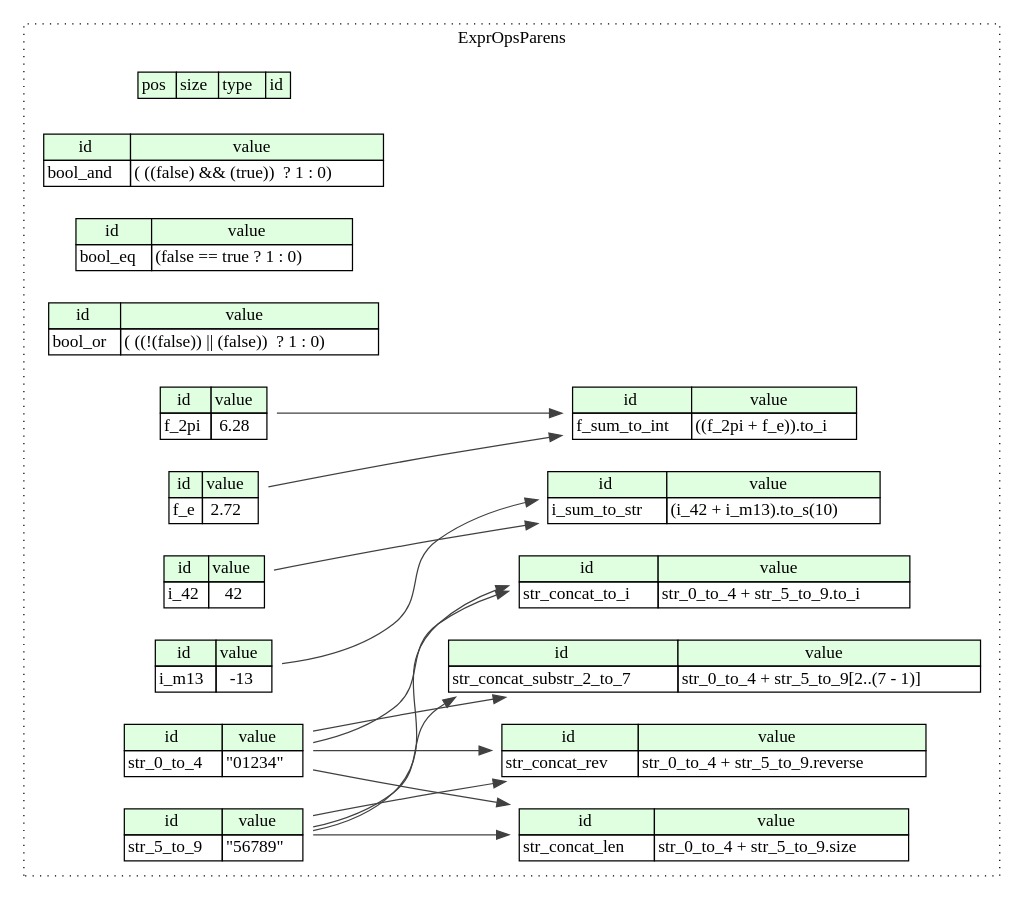
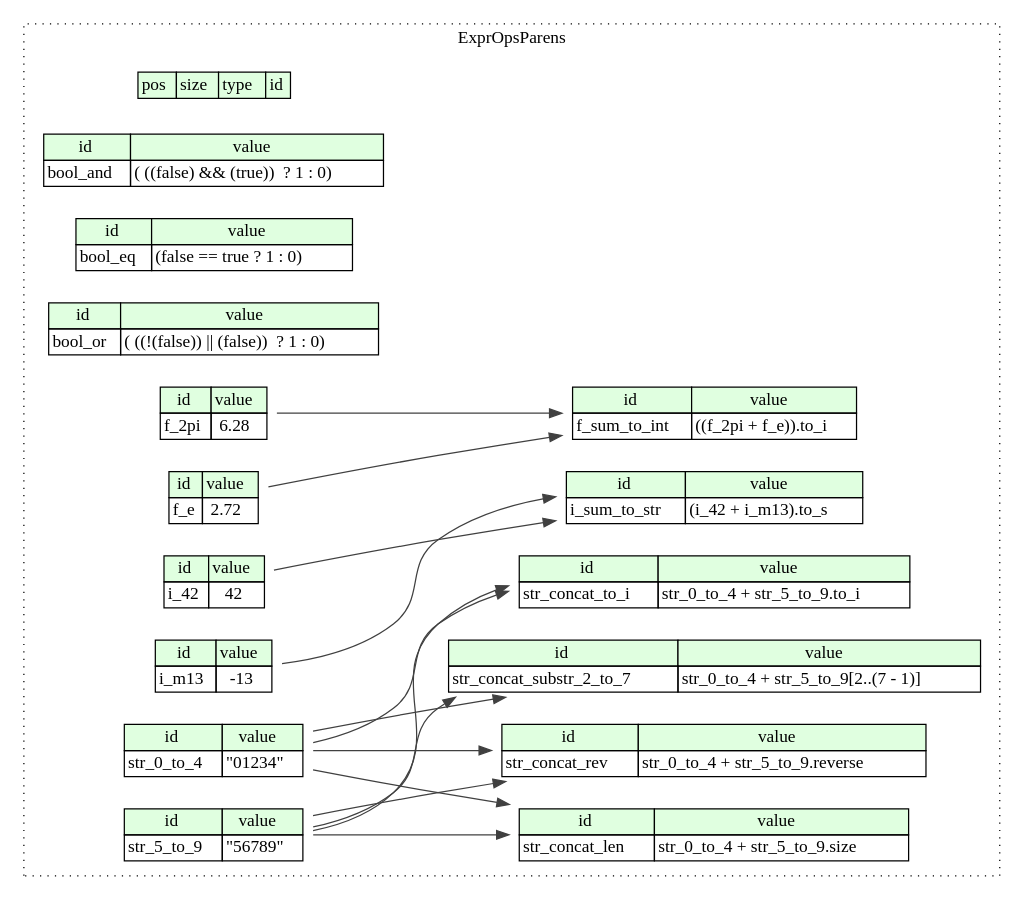
Before and after one commit to kaitai-io/ci_targets: the diagram in compiled/graphviz/expr_ops_parens.dot, drawn with Graphviz. The commit also changed 39 other files, not shown here.

```diff
--- a/compiled/graphviz/expr_ops_parens.dot
+++ b/compiled/graphviz/expr_ops_parens.dot
@@ -1,84 +1,84 @@
 digraph {
 	rankdir=LR;
 	node [shape=plaintext];
 	subgraph cluster__expr_ops_parens {
 		label="ExprOpsParens";
 		graph[style=dotted];
 
 		expr_ops_parens__seq [label=<<TABLE BORDER="0" CELLBORDER="1" CELLSPACING="0">
 			<TR><TD BGCOLOR="#E0FFE0">pos</TD><TD BGCOLOR="#E0FFE0">size</TD><TD BGCOLOR="#E0FFE0">type</TD><TD BGCOLOR="#E0FFE0">id</TD></TR>
 		</TABLE>>];
 		expr_ops_parens__inst__bool_and [label=<<TABLE BORDER="0" CELLBORDER="1" CELLSPACING="0">
 			<TR><TD BGCOLOR="#E0FFE0">id</TD><TD BGCOLOR="#E0FFE0">value</TD></TR>
 			<TR><TD>bool_and</TD><TD>( ((false) &amp;&amp; (true))  ? 1 : 0)</TD></TR>
 		</TABLE>>];
 		expr_ops_parens__inst__bool_eq [label=<<TABLE BORDER="0" CELLBORDER="1" CELLSPACING="0">
 			<TR><TD BGCOLOR="#E0FFE0">id</TD><TD BGCOLOR="#E0FFE0">value</TD></TR>
 			<TR><TD>bool_eq</TD><TD>(false == true ? 1 : 0)</TD></TR>
 		</TABLE>>];
 		expr_ops_parens__inst__bool_or [label=<<TABLE BORDER="0" CELLBORDER="1" CELLSPACING="0">
 			<TR><TD BGCOLOR="#E0FFE0">id</TD><TD BGCOLOR="#E0FFE0">value</TD></TR>
 			<TR><TD>bool_or</TD><TD>( ((!(false)) || (false))  ? 1 : 0)</TD></TR>
 		</TABLE>>];
 		expr_ops_parens__inst__f_2pi [label=<<TABLE BORDER="0" CELLBORDER="1" CELLSPACING="0">
 			<TR><TD BGCOLOR="#E0FFE0">id</TD><TD BGCOLOR="#E0FFE0">value</TD></TR>
 			<TR><TD>f_2pi</TD><TD>6.28</TD></TR>
 		</TABLE>>];
 		expr_ops_parens__inst__f_e [label=<<TABLE BORDER="0" CELLBORDER="1" CELLSPACING="0">
 			<TR><TD BGCOLOR="#E0FFE0">id</TD><TD BGCOLOR="#E0FFE0">value</TD></TR>
 			<TR><TD>f_e</TD><TD>2.72</TD></TR>
 		</TABLE>>];
 		expr_ops_parens__inst__f_sum_to_int [label=<<TABLE BORDER="0" CELLBORDER="1" CELLSPACING="0">
 			<TR><TD BGCOLOR="#E0FFE0">id</TD><TD BGCOLOR="#E0FFE0">value</TD></TR>
 			<TR><TD>f_sum_to_int</TD><TD>((f_2pi + f_e)).to_i</TD></TR>
 		</TABLE>>];
 		expr_ops_parens__inst__i_42 [label=<<TABLE BORDER="0" CELLBORDER="1" CELLSPACING="0">
 			<TR><TD BGCOLOR="#E0FFE0">id</TD><TD BGCOLOR="#E0FFE0">value</TD></TR>
 			<TR><TD>i_42</TD><TD>42</TD></TR>
 		</TABLE>>];
 		expr_ops_parens__inst__i_m13 [label=<<TABLE BORDER="0" CELLBORDER="1" CELLSPACING="0">
 			<TR><TD BGCOLOR="#E0FFE0">id</TD><TD BGCOLOR="#E0FFE0">value</TD></TR>
 			<TR><TD>i_m13</TD><TD>-13</TD></TR>
 		</TABLE>>];
 		expr_ops_parens__inst__i_sum_to_str [label=<<TABLE BORDER="0" CELLBORDER="1" CELLSPACING="0">
 			<TR><TD BGCOLOR="#E0FFE0">id</TD><TD BGCOLOR="#E0FFE0">value</TD></TR>
-			<TR><TD>i_sum_to_str</TD><TD>(i_42 + i_m13).to_s(10)</TD></TR>
+			<TR><TD>i_sum_to_str</TD><TD>(i_42 + i_m13).to_s</TD></TR>
 		</TABLE>>];
 		expr_ops_parens__inst__str_0_to_4 [label=<<TABLE BORDER="0" CELLBORDER="1" CELLSPACING="0">
 			<TR><TD BGCOLOR="#E0FFE0">id</TD><TD BGCOLOR="#E0FFE0">value</TD></TR>
 			<TR><TD>str_0_to_4</TD><TD>&quot;01234&quot;</TD></TR>
 		</TABLE>>];
 		expr_ops_parens__inst__str_5_to_9 [label=<<TABLE BORDER="0" CELLBORDER="1" CELLSPACING="0">
 			<TR><TD BGCOLOR="#E0FFE0">id</TD><TD BGCOLOR="#E0FFE0">value</TD></TR>
 			<TR><TD>str_5_to_9</TD><TD>&quot;56789&quot;</TD></TR>
 		</TABLE>>];
 		expr_ops_parens__inst__str_concat_len [label=<<TABLE BORDER="0" CELLBORDER="1" CELLSPACING="0">
 			<TR><TD BGCOLOR="#E0FFE0">id</TD><TD BGCOLOR="#E0FFE0">value</TD></TR>
 			<TR><TD>str_concat_len</TD><TD>str_0_to_4 + str_5_to_9.size</TD></TR>
 		</TABLE>>];
 		expr_ops_parens__inst__str_concat_rev [label=<<TABLE BORDER="0" CELLBORDER="1" CELLSPACING="0">
 			<TR><TD BGCOLOR="#E0FFE0">id</TD><TD BGCOLOR="#E0FFE0">value</TD></TR>
 			<TR><TD>str_concat_rev</TD><TD>str_0_to_4 + str_5_to_9.reverse</TD></TR>
 		</TABLE>>];
 		expr_ops_parens__inst__str_concat_substr_2_to_7 [label=<<TABLE BORDER="0" CELLBORDER="1" CELLSPACING="0">
 			<TR><TD BGCOLOR="#E0FFE0">id</TD><TD BGCOLOR="#E0FFE0">value</TD></TR>
 			<TR><TD>str_concat_substr_2_to_7</TD><TD>str_0_to_4 + str_5_to_9[2..(7 - 1)]</TD></TR>
 		</TABLE>>];
 		expr_ops_parens__inst__str_concat_to_i [label=<<TABLE BORDER="0" CELLBORDER="1" CELLSPACING="0">
 			<TR><TD BGCOLOR="#E0FFE0">id</TD><TD BGCOLOR="#E0FFE0">value</TD></TR>
 			<TR><TD>str_concat_to_i</TD><TD>str_0_to_4 + str_5_to_9.to_i</TD></TR>
 		</TABLE>>];
 	}
 	expr_ops_parens__inst__f_2pi:f_2pi_type -> expr_ops_parens__inst__f_sum_to_int [color="#404040"];
 	expr_ops_parens__inst__f_e:f_e_type -> expr_ops_parens__inst__f_sum_to_int [color="#404040"];
 	expr_ops_parens__inst__i_42:i_42_type -> expr_ops_parens__inst__i_sum_to_str [color="#404040"];
 	expr_ops_parens__inst__i_m13:i_m13_type -> expr_ops_parens__inst__i_sum_to_str [color="#404040"];
 	expr_ops_parens__inst__str_0_to_4:str_0_to_4_type -> expr_ops_parens__inst__str_concat_len [color="#404040"];
 	expr_ops_parens__inst__str_5_to_9:str_5_to_9_type -> expr_ops_parens__inst__str_concat_len [color="#404040"];
 	expr_ops_parens__inst__str_0_to_4:str_0_to_4_type -> expr_ops_parens__inst__str_concat_rev [color="#404040"];
 	expr_ops_parens__inst__str_5_to_9:str_5_to_9_type -> expr_ops_parens__inst__str_concat_rev [color="#404040"];
 	expr_ops_parens__inst__str_0_to_4:str_0_to_4_type -> expr_ops_parens__inst__str_concat_substr_2_to_7 [color="#404040"];
 	expr_ops_parens__inst__str_5_to_9:str_5_to_9_type -> expr_ops_parens__inst__str_concat_substr_2_to_7 [color="#404040"];
 	expr_ops_parens__inst__str_0_to_4:str_0_to_4_type -> expr_ops_parens__inst__str_concat_to_i [color="#404040"];
 	expr_ops_parens__inst__str_5_to_9:str_5_to_9_type -> expr_ops_parens__inst__str_concat_to_i [color="#404040"];
 }
```
